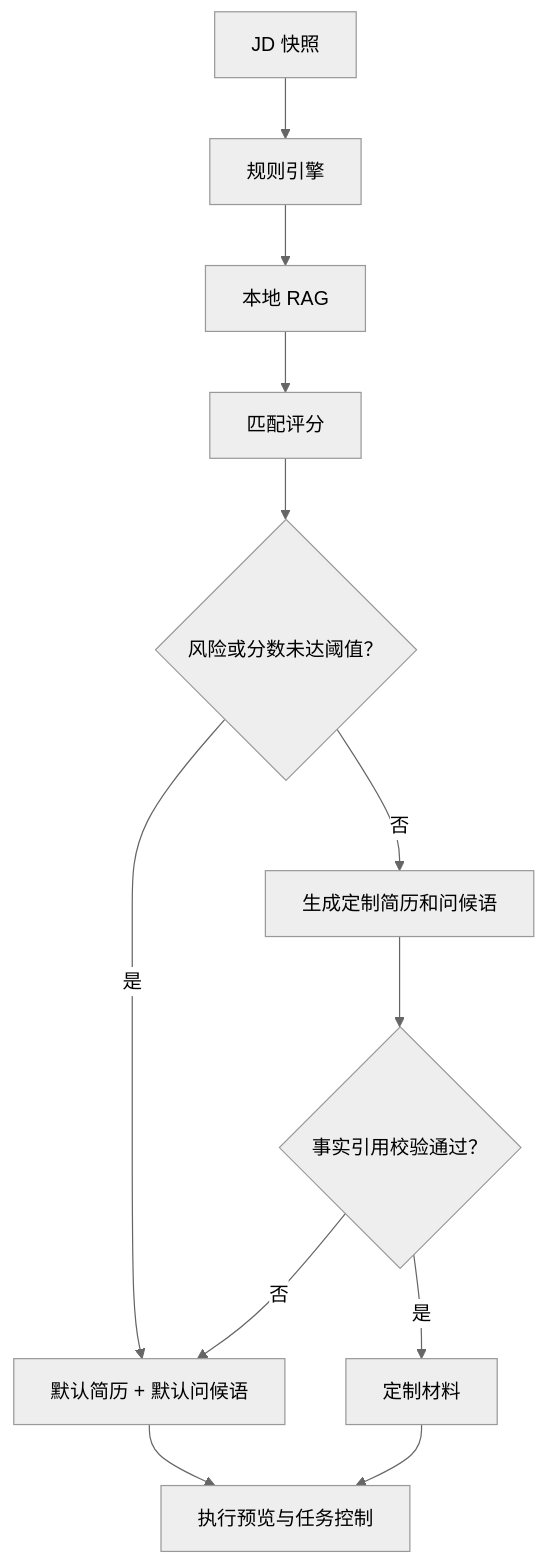
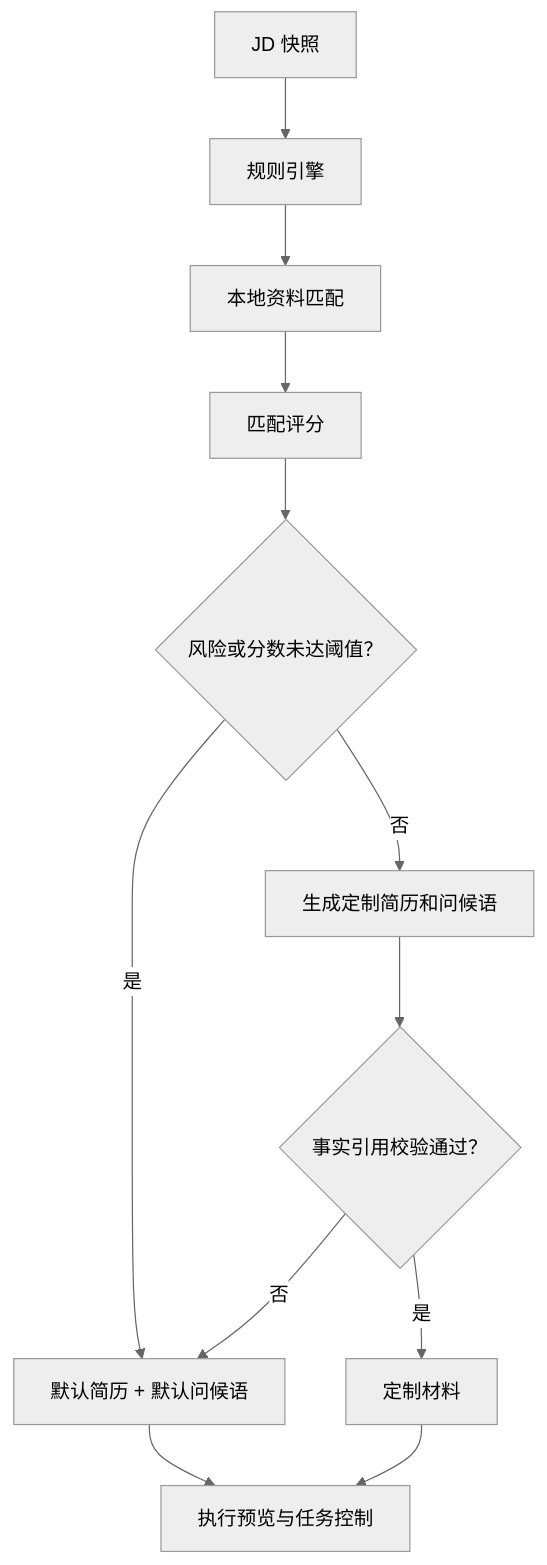
The fourth of 5 diagrams in docs/ARCHITECTURE.md (a764506248/Job-Search-Assistant), drawn with Mermaid (neutral theme) before and after one commit. The commit also changed other lines of this file and 93 other files, not shown here.

````diff
--- a/docs/ARCHITECTURE.md
+++ b/docs/ARCHITECTURE.md
@@ -191,14 +189,14 @@
 ```mermaid
 flowchart TD
     A["JD 快照"] --> B["规则引擎"]
-    B --> C["本地 RAG"]
+    B --> C["本地资料匹配"]
     C --> D["匹配评分"]
     D --> E{"风险或分数未达阈值？"}
     E -- 是 --> F["默认简历 + 默认问候语"]
     E -- 否 --> G["生成定制简历和问候语"]
     G --> H{"事实引用校验通过？"}
     H -- 否 --> F
     H -- 是 --> I["定制材料"]
     F --> J["执行预览与任务控制"]
     I --> J
 ```
````
